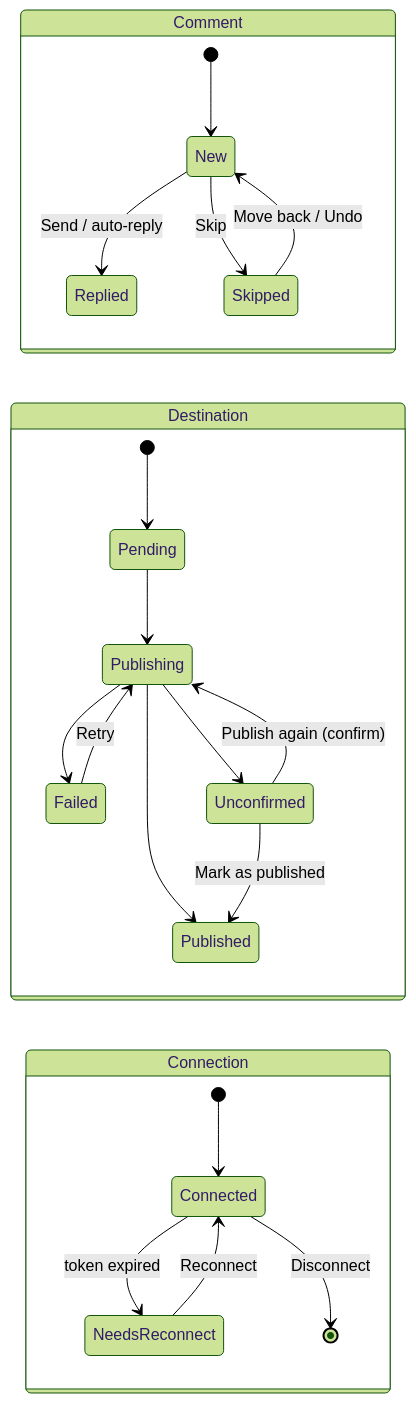
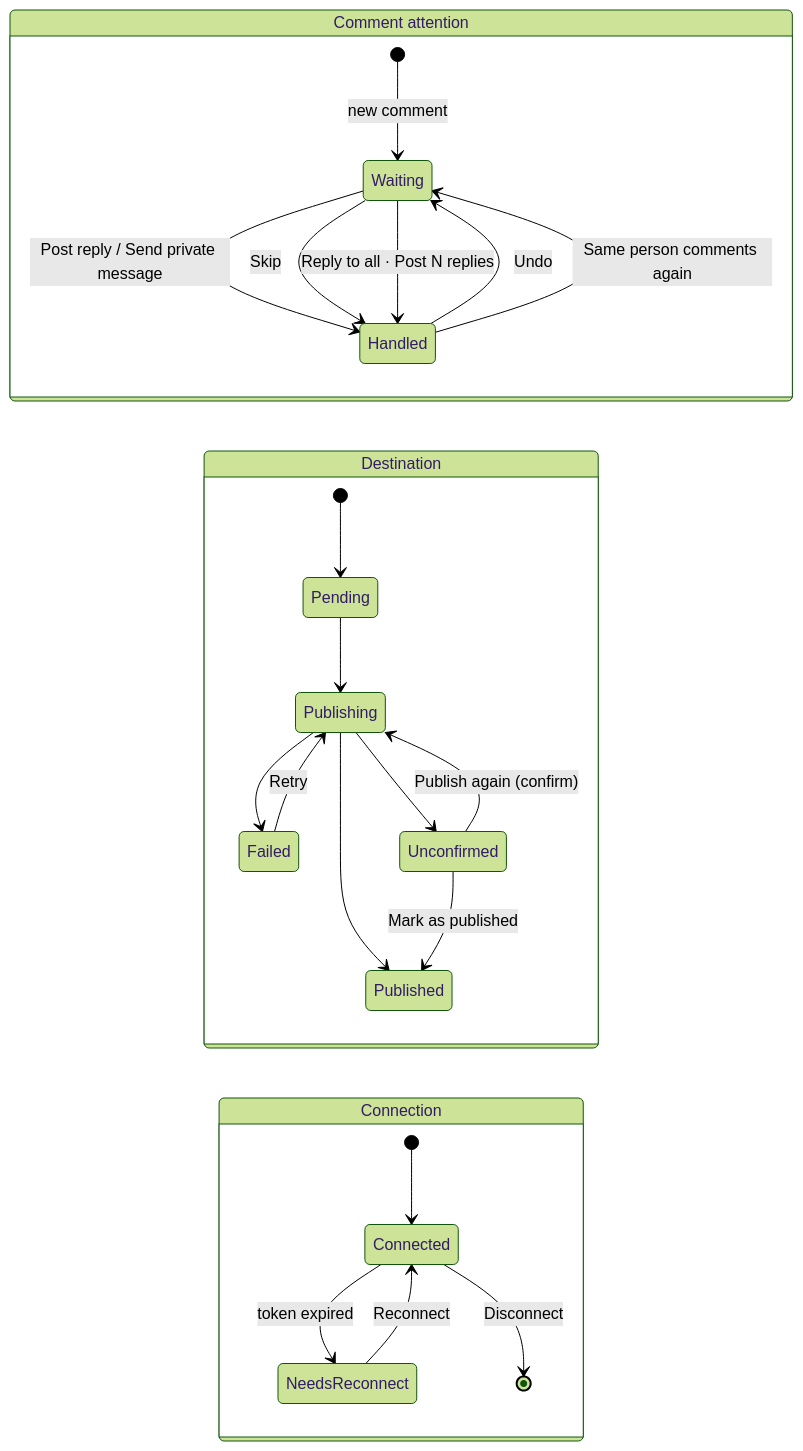
Diagram 11 of 11 in ux_preview/product-flow.md (NguyenDuy1910/linkee), drawn with Mermaid (forest theme) before and after one commit. The commit also changed other lines of this file and 17 other files, not shown here.

````diff
--- a/ux_preview/product-flow.md
+++ b/ux_preview/product-flow.md
@@ -165,26 +245,28 @@
 ```mermaid
 stateDiagram-v2
   direction LR
-  state "Comment" as CM {
-    [*] --> New
-    New --> Replied: Send / auto-reply
-    New --> Skipped: Skip
-    Skipped --> New: Move back / Undo
+  state "Comment attention" as CV {
+    [*] --> Waiting: new comment
+    Waiting --> Handled: Post reply / Send private message
+    Waiting --> Handled: Skip
+    Waiting --> Handled: Reply to all · Post N replies
+    Handled --> Waiting: Undo
+    Handled --> Waiting: Same person comments again
   }
   state "Destination" as DS {
     [*] --> Pending
     Pending --> Publishing
     Publishing --> Published
     Publishing --> Failed
     Publishing --> Unconfirmed
     Failed --> Publishing: Retry
     Unconfirmed --> Published: Mark as published
     Unconfirmed --> Publishing: Publish again (confirm)
   }
   state "Connection" as CN {
     [*] --> Connected
     Connected --> NeedsReconnect: token expired
     NeedsReconnect --> Connected: Reconnect
     Connected --> [*]: Disconnect
   }
 ```
````
